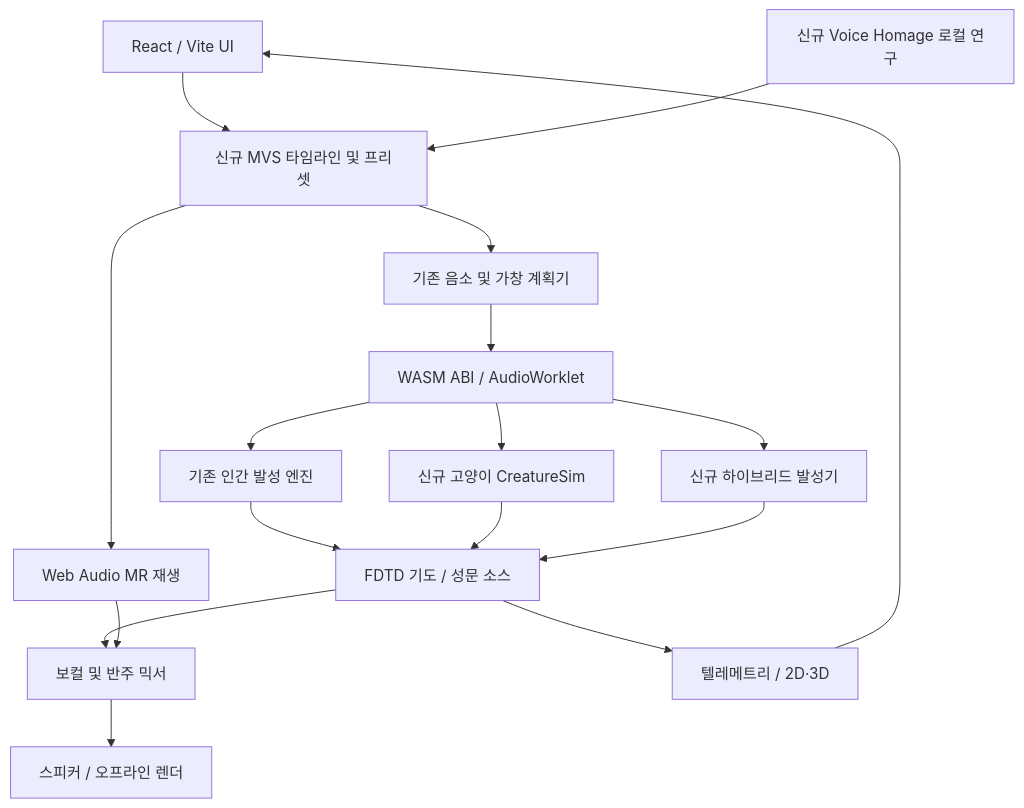
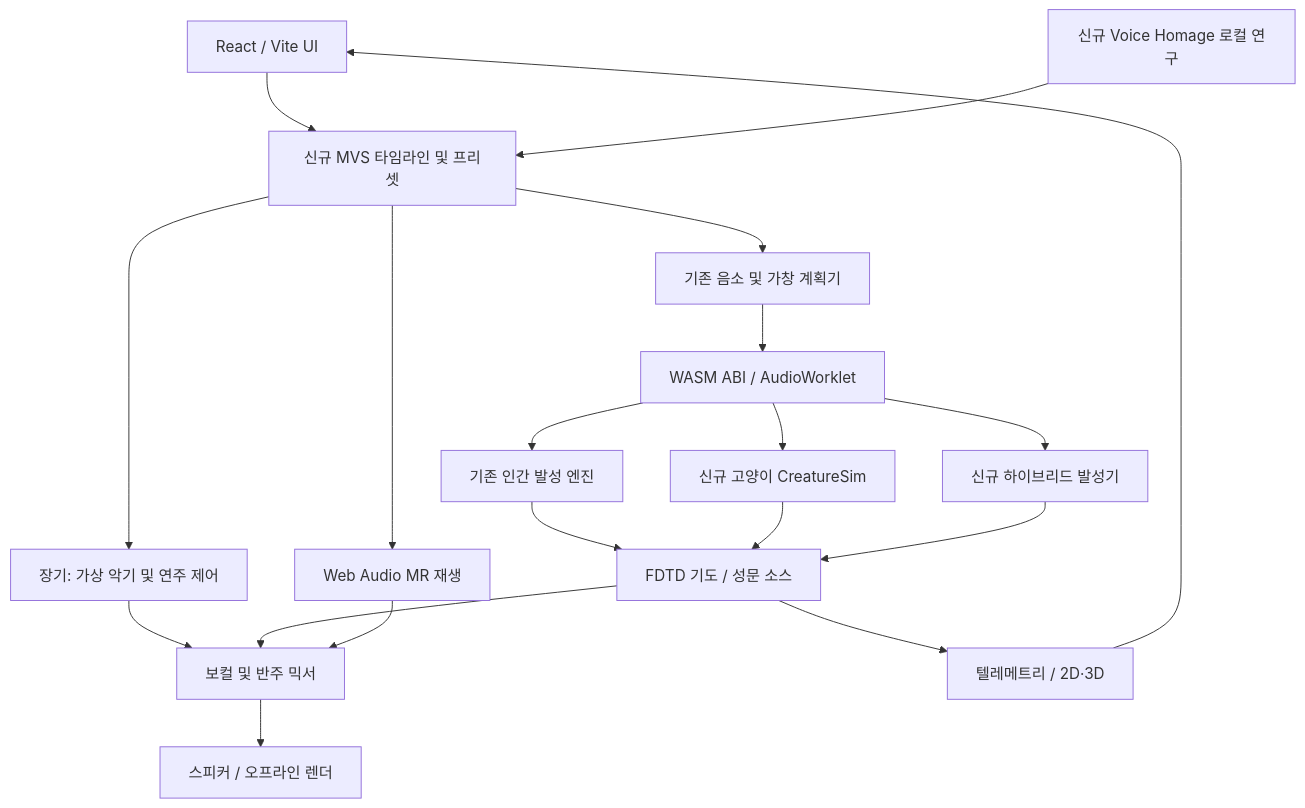
One commit to hslcrb/meow-voice-system changed the diagram in docs/mvs/ARCHITECTURE.md. Above: the diagram before and after it, drawn with Mermaid. The commit also changed other lines of this file and 6 other files, not shown here.

```diff
--- a/docs/mvs/ARCHITECTURE.md
+++ b/docs/mvs/ARCHITECTURE.md
@@ -5,19 +5,21 @@
 ~~~mermaid
 flowchart TB
  UI[React / Vite UI] --> TL[신규 MVS 타임라인 및 프리셋]
  VH[신규 Voice Homage 로컬 연구] --> TL
  TL --> G[기존 음소 및 가창 계획기]
  TL --> MR[Web Audio MR 재생]
+ TL --> VI[장기: 가상 악기 및 연주 제어]
+ VI --> MX
  G --> ABI[WASM ABI / AudioWorklet]
  ABI --> H[기존 인간 발성 엔진]
  ABI --> C[신규 고양이 CreatureSim]
  ABI --> B[신규 하이브리드 발성기]
  H --> DSP[FDTD 기도 / 성문 소스]
  C --> DSP
  B --> DSP
  DSP --> MX[보컬 및 반주 믹서]
  MR --> MX
  DSP --> TELE[텔레메트리 / 2D·3D]
  TELE --> UI
  MX --> OUT[스피커 / 오프라인 렌더]
 ~~~
```
